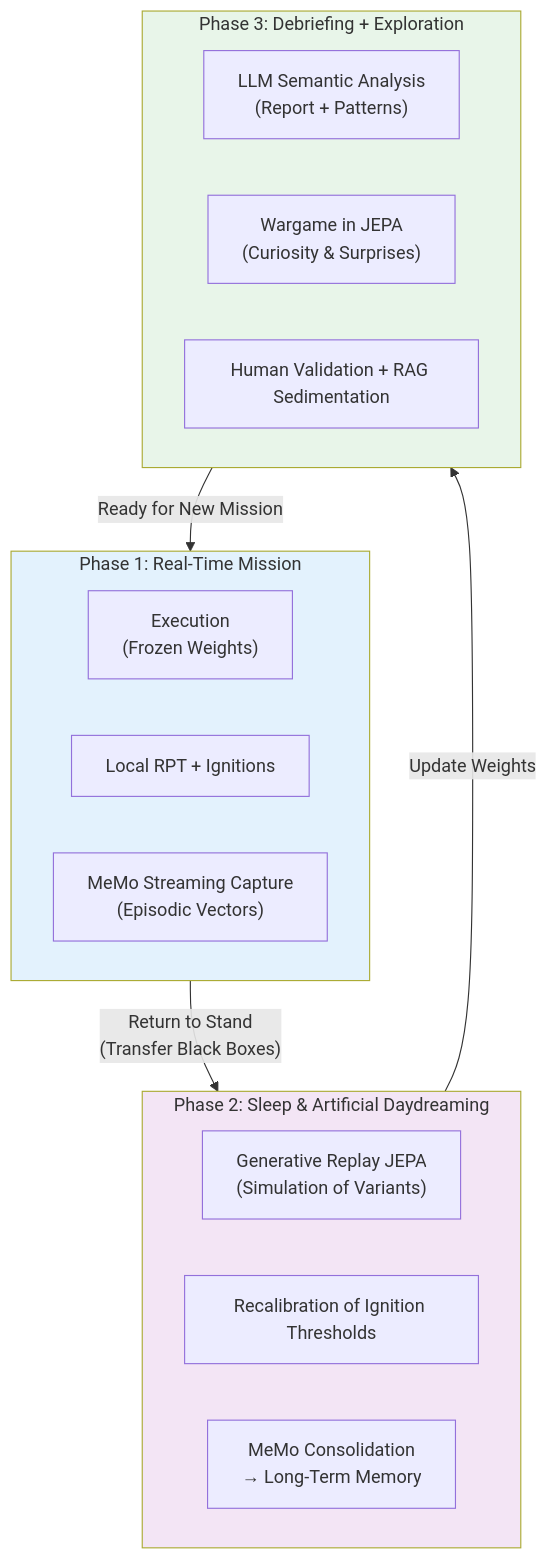
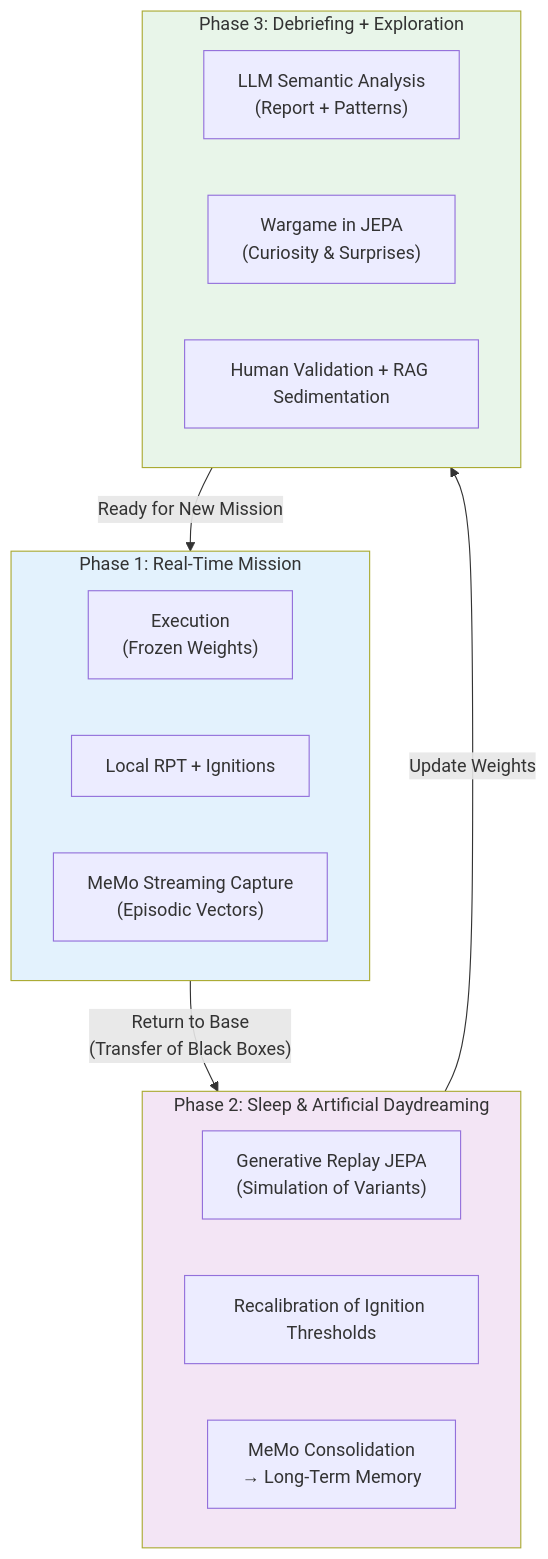
The second of 2 diagrams in mvp/mvp.md (AlainCo/GNWT-Garrigue-X-en), drawn with Mermaid before and after one commit. The commit also changed other lines of this file and 17 other files, not shown here.

````diff
--- a/mvp/mvp.md
+++ b/mvp/mvp.md
@@ -86,33 +86,33 @@
 ```mermaid
 flowchart TD
     subgraph Phase1 ["Phase 1: Real-Time Mission"]
         A["Execution\n(Frozen Weights)"]
         B["Local RPT + Ignitions"]
         C["MeMo Streaming Capture\n(Episodic Vectors)"]
     end
 
-    Phase1 -->|"Return to Stand\n(Transfer Black Boxes)"| Phase2
+    Phase1 -->|"Return to Base\n(Transfer of Black Boxes)"| Phase2
 
     subgraph Phase2 ["Phase 2: Sleep & Artificial Daydreaming"]
         D["Generative Replay JEPA\n(Simulation of Variants)"]
         E["Recalibration of Ignition Thresholds"]
         F["MeMo Consolidation\n→ Long-Term Memory"]
     end
 
     Phase2 -->|"Update Weights"| Phase3
 
     subgraph Phase3 ["Phase 3: Debriefing + Exploration"]
         G["LLM Semantic Analysis\n(Report + Patterns)"]
         H["Wargame in JEPA\n(Curiosity & Surprises)"]
         I["Human Validation + RAG Sedimentation"]
     end
 
     Phase3 -->|"Ready for New Mission"| Phase1
 
     classDef mission fill:#e3f2fd
     classDef sommeil fill:#f3e5f5
     classDef debrief fill:#e8f5e9
     class Phase1 mission
     class Phase2 sommeil
     class Phase3 debrief
 ```
````
